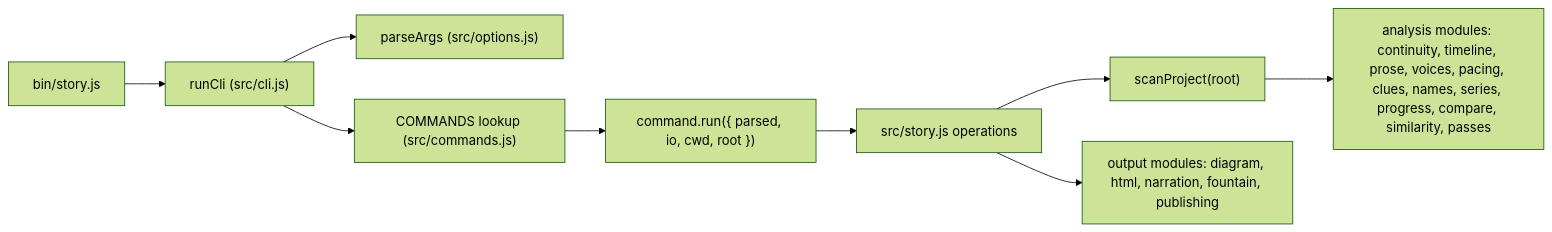
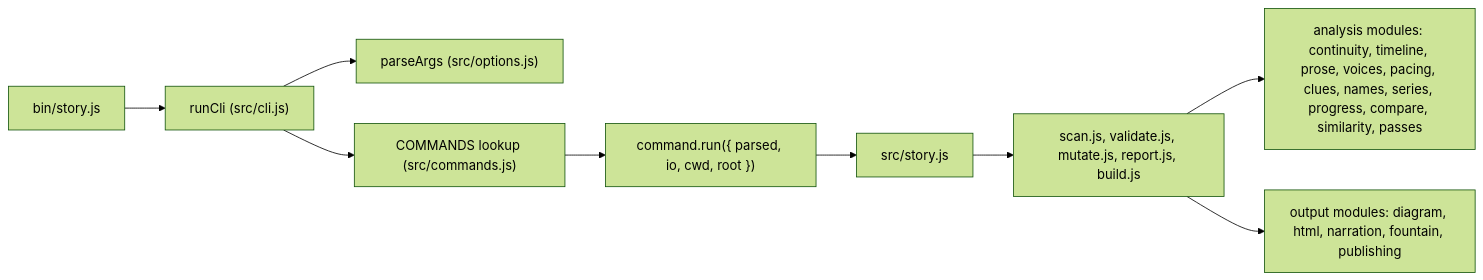
One commit to danjdewhurst/story-skills changed the diagram in docs/development.md. Above: the diagram before and after it, drawn with Mermaid (forest theme). The commit also changed other lines of this file and 9 other files, not shown here.

First line of the commit message:
refactor: split story.js into scan, validate, mutate, report, and build

````diff
--- a/docs/development.md
+++ b/docs/development.md
@@ -98,11 +98,11 @@
 ```mermaid
 flowchart LR
   A["bin/story.js"] --> B["runCli (src/cli.js)"]
   B --> C["parseArgs (src/options.js)"]
   B --> D["COMMANDS lookup (src/commands.js)"]
   D --> E["command.run({ parsed, io, cwd, root })"]
-  E --> F["src/story.js operations"]
-  F --> G["scanProject(root)"]
+  E --> F["src/story.js"]
+  F --> G["scan.js, validate.js, mutate.js, report.js, build.js"]
   G --> H["analysis modules: continuity, timeline, prose, voices, pacing, clues, names, series, progress, compare, similarity, passes"]
-  F --> I["output modules: diagram, html, narration, fountain, publishing"]
+  G --> I["output modules: diagram, html, narration, fountain, publishing"]
 ```
````
